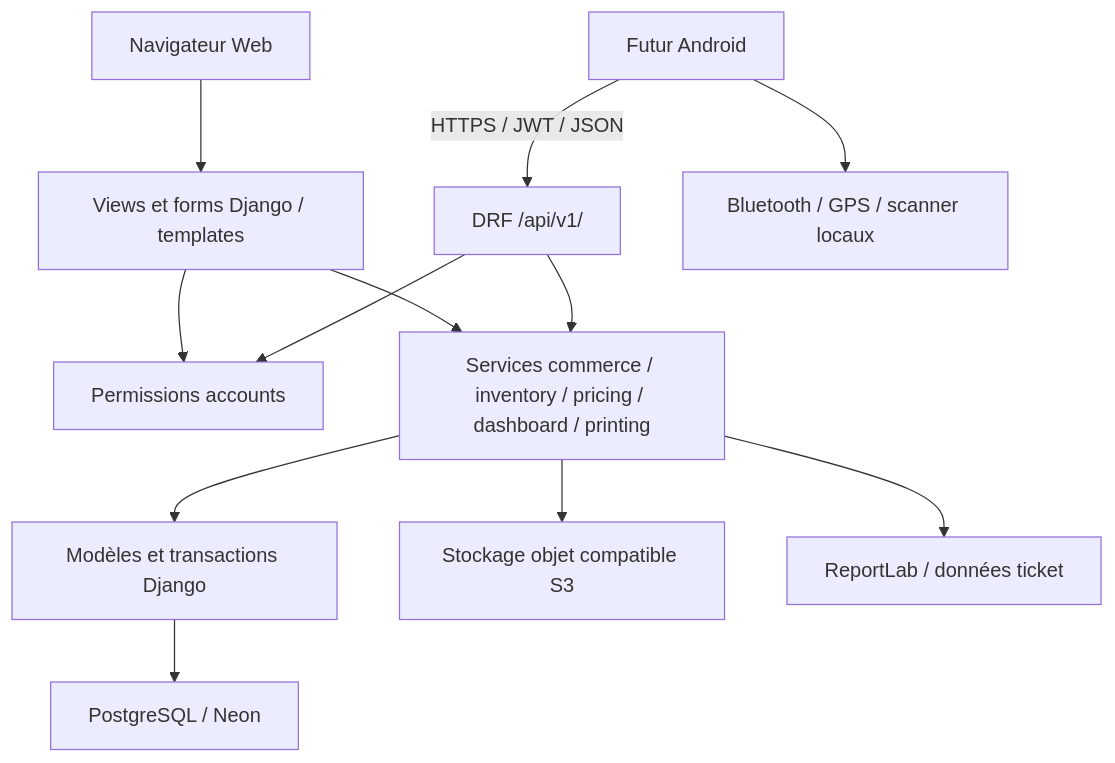
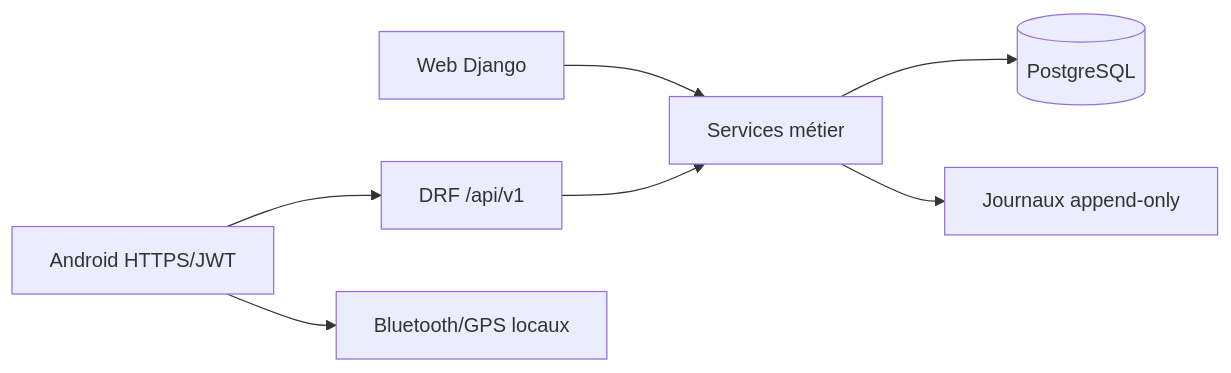
The diagram in ARCHITECTURE_AUDIT.md (YoucefTahir-dev/appAlimGen), drawn with Mermaid before and after one commit. The commit also changed other lines of this file and 48 other files, not shown here.

````diff
--- a/ARCHITECTURE_AUDIT.md
+++ b/ARCHITECTURE_AUDIT.md
@@ -15,14 +7,9 @@
 ```mermaid
-flowchart TD
-    W[Navigateur Web] --> H[Views et forms Django / templates]
-    A[Futur Android] -->|HTTPS / JWT / JSON| R[DRF /api/v1/]
-    H --> P[Permissions accounts]
-    R --> P
-    H --> S[Services commerce / inventory / pricing / dashboard / printing]
-    R --> S
-    S --> M[Modèles et transactions Django]
-    M --> D[PostgreSQL / Neon]
-    S --> O[Stockage objet compatible S3]
-    S --> F[ReportLab / données ticket]
-    A --> B[Bluetooth / GPS / scanner locaux]
+flowchart LR
+  W[Web Django] --> S[Services métier]
+  A[Android HTTPS/JWT] --> R[DRF /api/v1]
+  R --> S
+  S --> D[(PostgreSQL)]
+  S --> J[Journaux append-only]
+  A --> B[Bluetooth/GPS locaux]
 ```
````
